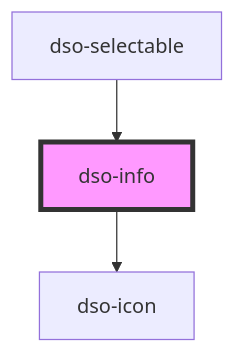
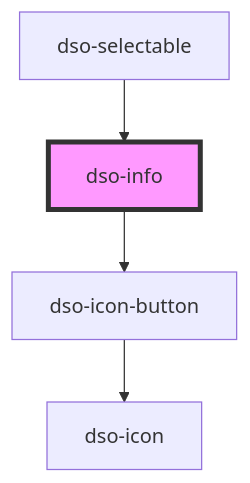
One commit to dso-toolkit/dso-toolkit changed the diagram in packages/core/src/components/info/readme.md. Above: the diagram before and after it, drawn with Mermaid. The commit also changed other lines of this file and 48 other files, not shown here.

Commit message:
#2315 [Added] Icon button: Replace all buttons with icon-only with the icon-button component

````diff
--- a/packages/core/src/components/info/readme.md
+++ b/packages/core/src/components/info/readme.md
@@ -32,6 +32,7 @@
 ```mermaid
 graph TD;
-  dso-info --> dso-icon
+  dso-info --> dso-icon-button
+  dso-icon-button --> dso-icon
   dso-selectable --> dso-info
   style dso-info fill:#f9f,stroke:#333,stroke-width:4px
 ```
````
